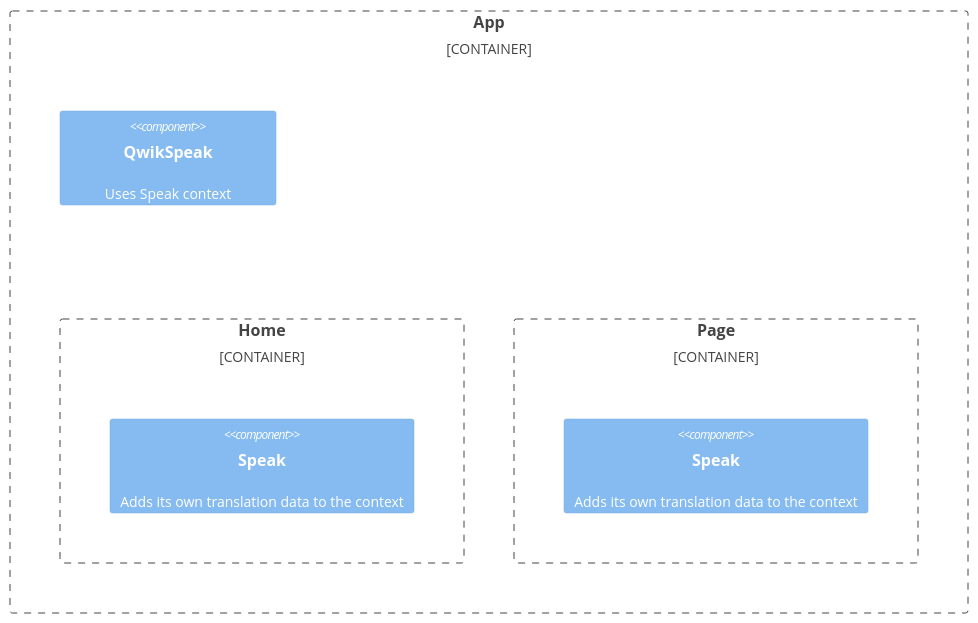
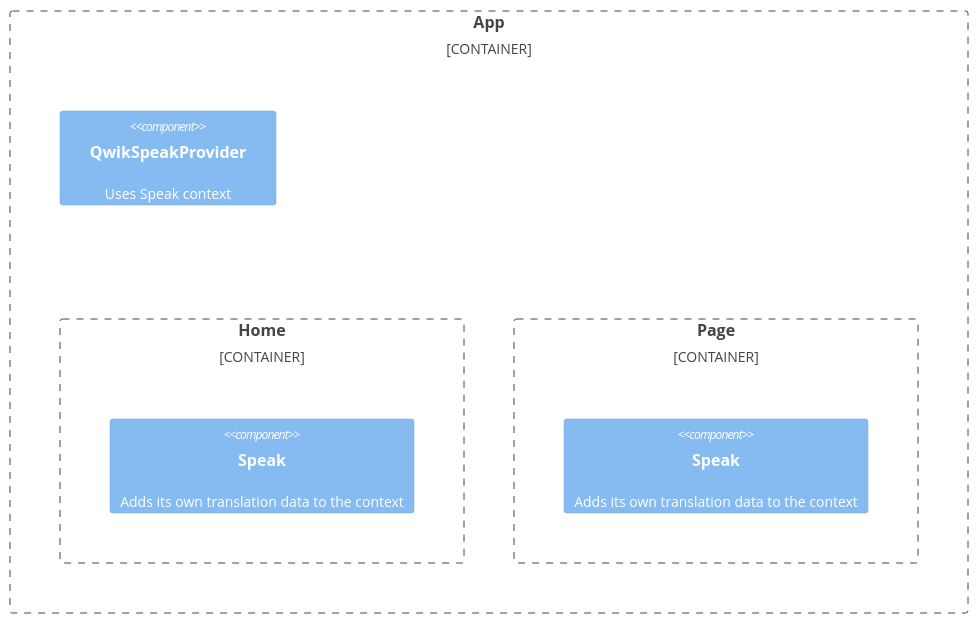
One commit to robisim74/qwik-speak changed the second of 2 diagrams in README.md. Above: the diagram before and after it, drawn with Mermaid. The commit also changed other lines of this file and 4 other files, not shown here.

Commit message:
Refactor: renaming QwikSpeak component to QwikSpeakProvider

````diff
--- a/README.md
+++ b/README.md
@@ -117,12 +117,12 @@
 ```mermaid
 C4Container
     Container_Boundary(a, "App") {
-        Component(a0, "QwikSpeak", "", "Uses Speak context")
+        Component(a0, "QwikSpeakProvider", "", "Uses Speak context")
         Container_Boundary(b1, "Home") {
             Component(a10, "Speak", "", "Adds its own translation data to the context")        
         }  
         Container_Boundary(b2, "Page") {
             Component(a20, "Speak", "", "Adds its own translation data to the context")        
         }       
     }
 ```
````
